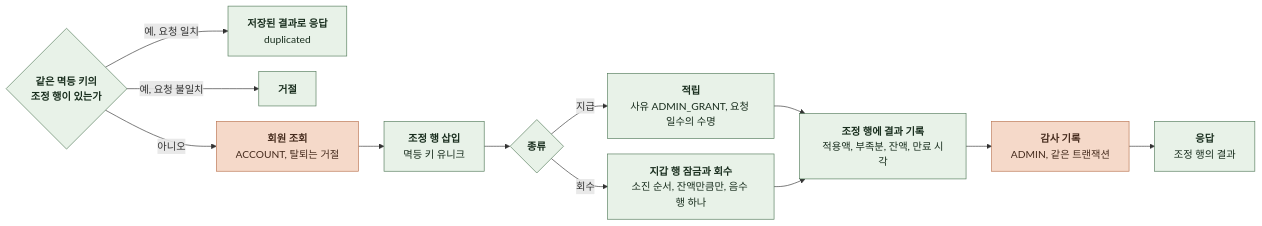
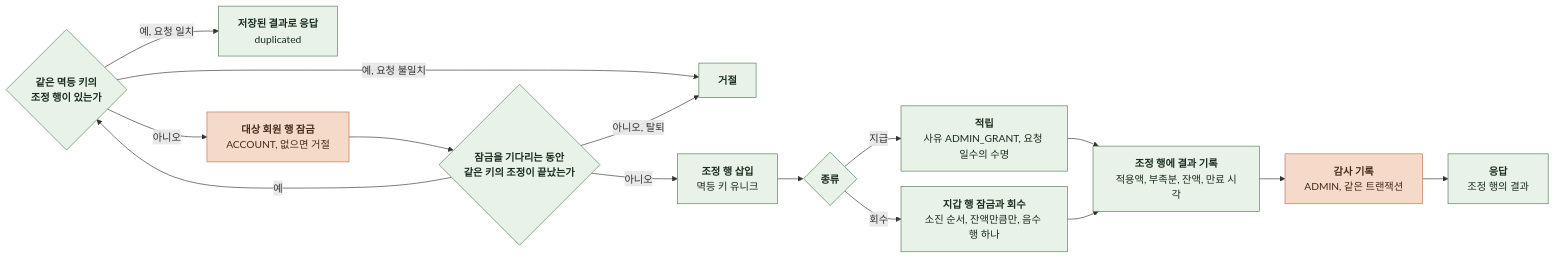
Diagram 15 of 16 in docs/domain/PAYMENT/BACKEND/4-1-PIPELINES.md (KIM-N-KANG/knk-harness), drawn with Mermaid before and after one commit. The commit also changed other lines of this file and 7 other files, not shown here.

````diff
--- a/docs/domain/PAYMENT/BACKEND/4-1-PIPELINES.md
+++ b/docs/domain/PAYMENT/BACKEND/4-1-PIPELINES.md
@@ -463,28 +463,32 @@
 ```mermaid
 %%{init: {"flowchart": {"curve": "basis", "nodeSpacing": 24, "rankSpacing": 40}}}%%
 flowchart LR
     A{"`**같은 멱등 키의
 조정 행이 있는가**`"} -->|예, 요청 일치| Z["`**저장된 결과로 응답**
 duplicated`"]
     A -->|예, 요청 불일치| Y["`**거절**`"]
-    A -->|아니오| B["`**회원 조회**
-ACCOUNT, 탈퇴는 거절`"]
-    B --> C["`**조정 행 삽입**
+    A -->|아니오| B["`**대상 회원 행 잠금**
+ACCOUNT, 없으면 거절`"]
+    B --> K{"`**잠금을 기다리는 동안
+같은 키의 조정이 끝났는가**`"}
+    K -->|예| A
+    K -->|아니오, 탈퇴| Y
+    K -->|아니오| C["`**조정 행 삽입**
 멱등 키 유니크`"]
     C --> D{"`**종류**`"}
     D -->|지급| E["`**적립**
 사유 ADMIN_GRANT, 요청 일수의 수명`"]
     D -->|회수| F["`**지갑 행 잠금과 회수**
 소진 순서, 잔액만큼만, 음수 행 하나`"]
     E --> G["`**조정 행에 결과 기록**
 적용액, 부족분, 잔액, 만료 시각`"]
     F --> G
     G --> H["`**감사 기록**
 ADMIN, 같은 트랜잭션`"]
     H --> J["`**응답**
 조정 행의 결과`"]
     classDef comp fill:#E8F2E8,stroke:#527A59,color:#182D1D
     classDef task fill:#F5D9C9,stroke:#B97450,color:#452B1D
-    class A,C,D,E,F,G,J,Y,Z comp
+    class A,C,D,E,F,G,J,K,Y,Z comp
     class B,H task
 ```
````
